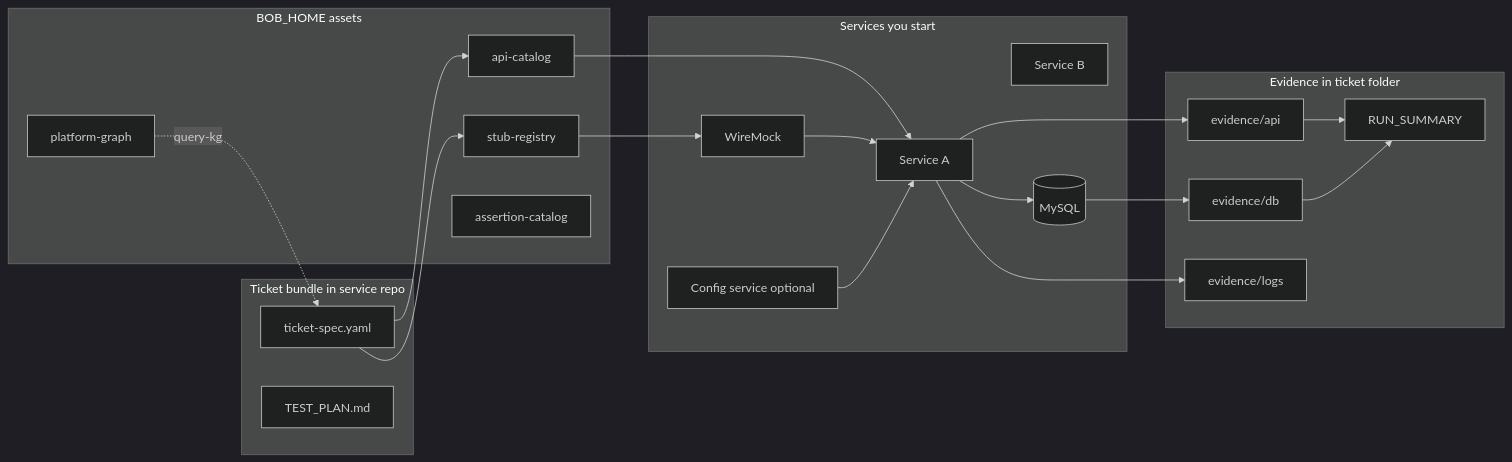
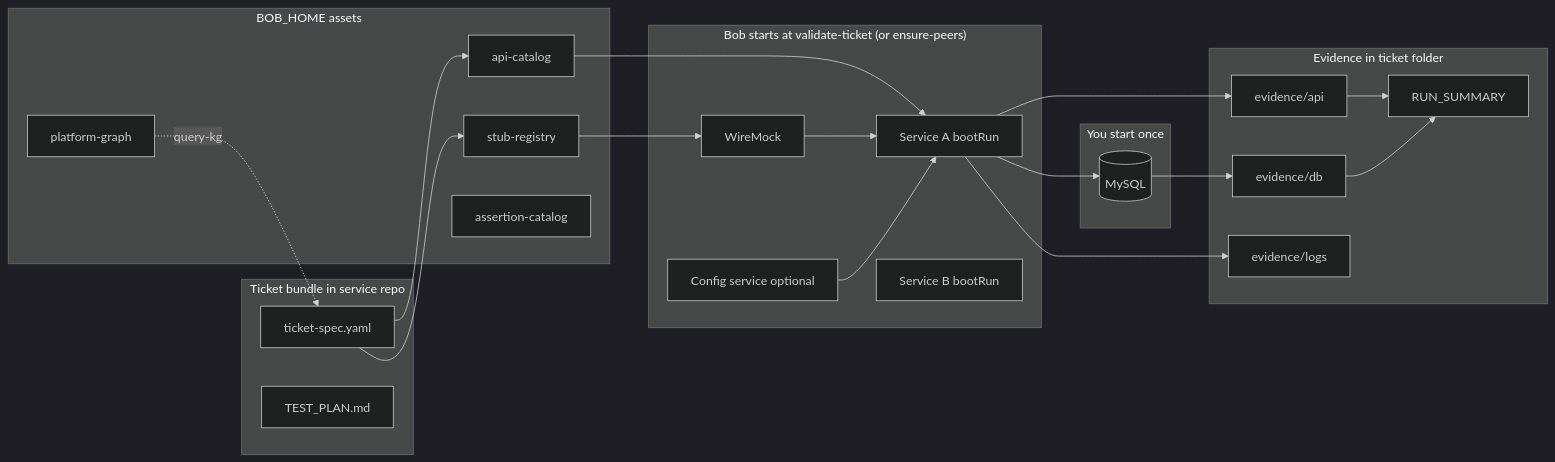
The diagram in docs/TDD_SYSTEM_DEVELOPER_GUIDE.md (trusttAshutosh/bob-the-builder), drawn with Mermaid (dark theme) before and after one commit. The commit also changed other lines of this file, not shown here.

Commit message:
docs: Bob starts services and WireMock by default in developer guide

````diff
--- a/docs/TDD_SYSTEM_DEVELOPER_GUIDE.md
+++ b/docs/TDD_SYSTEM_DEVELOPER_GUIDE.md
@@ -22,39 +22,41 @@
 ```mermaid
 flowchart LR
   subgraph spec["Ticket bundle in service repo"]
     TS[ticket-spec.yaml]
     TP[TEST_PLAN.md]
   end
   subgraph bobhome["BOB_HOME assets"]
     AC[api-catalog]
     SR[stub-registry]
     AS[assertion-catalog]
     PG[platform-graph]
   end
-  subgraph runtime["Services you start"]
-    S1[Service A]
-    S2[Service B]
+  subgraph runtime["Bob starts at validate-ticket (or ensure-peers)"]
+    S1[Service A bootRun]
+    S2[Service B bootRun]
     CFG[Config service optional]
     WM[WireMock]
+  end
+  subgraph you["You start once"]
     MY[(MySQL)]
   end
   subgraph proof["Evidence in ticket folder"]
     API[evidence/api]
     DB[evidence/db]
     LOG[evidence/logs]
     RPT[RUN_SUMMARY]
   end
   TS --> AC
   TS --> SR
   AC --> S1
   SR --> WM
   WM --> S1
   CFG --> S1
   S1 --> API
   S1 --> LOG
   S1 --> MY
   MY --> DB
   API --> RPT
   DB --> RPT
   PG -.->|query-kg| TS
 ```
````
